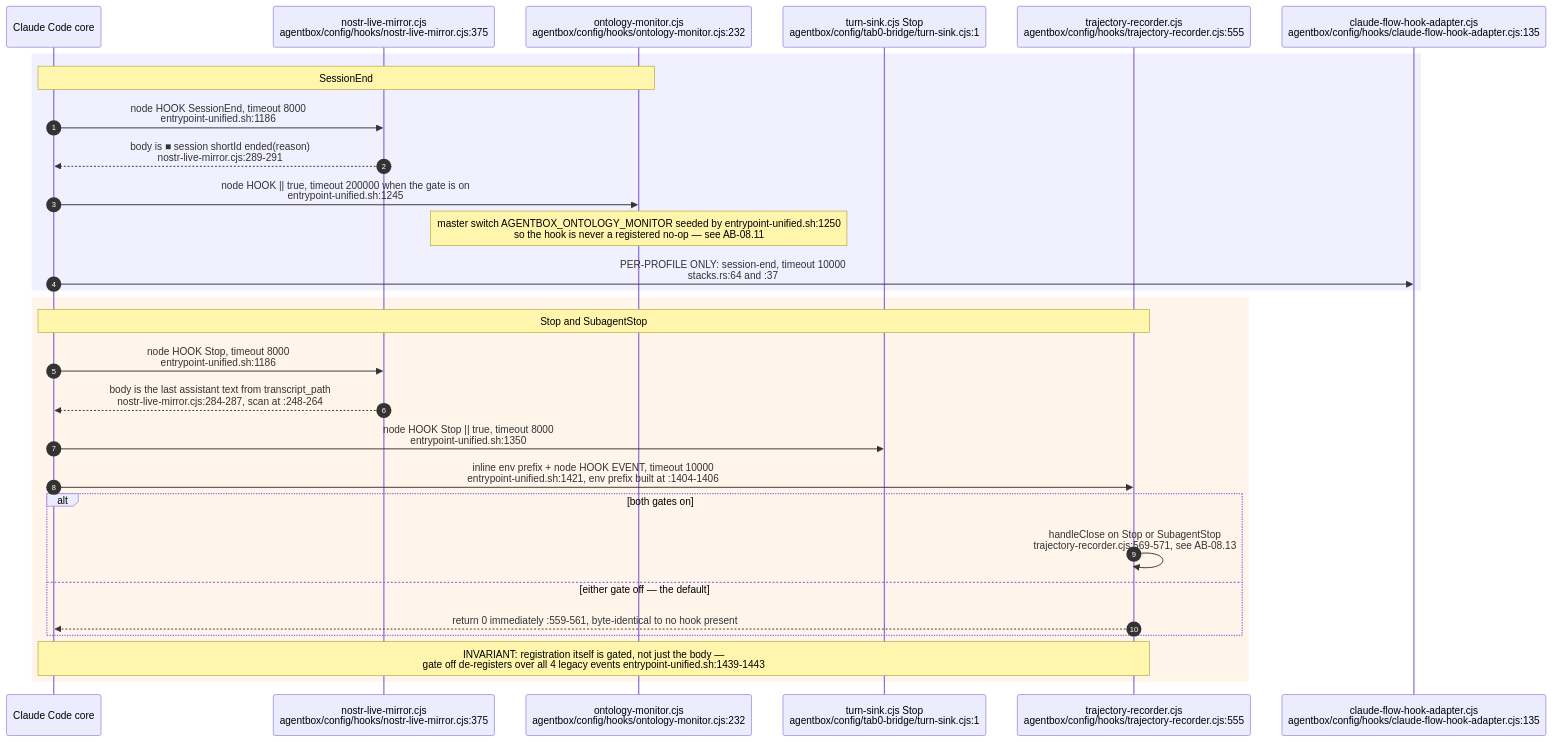
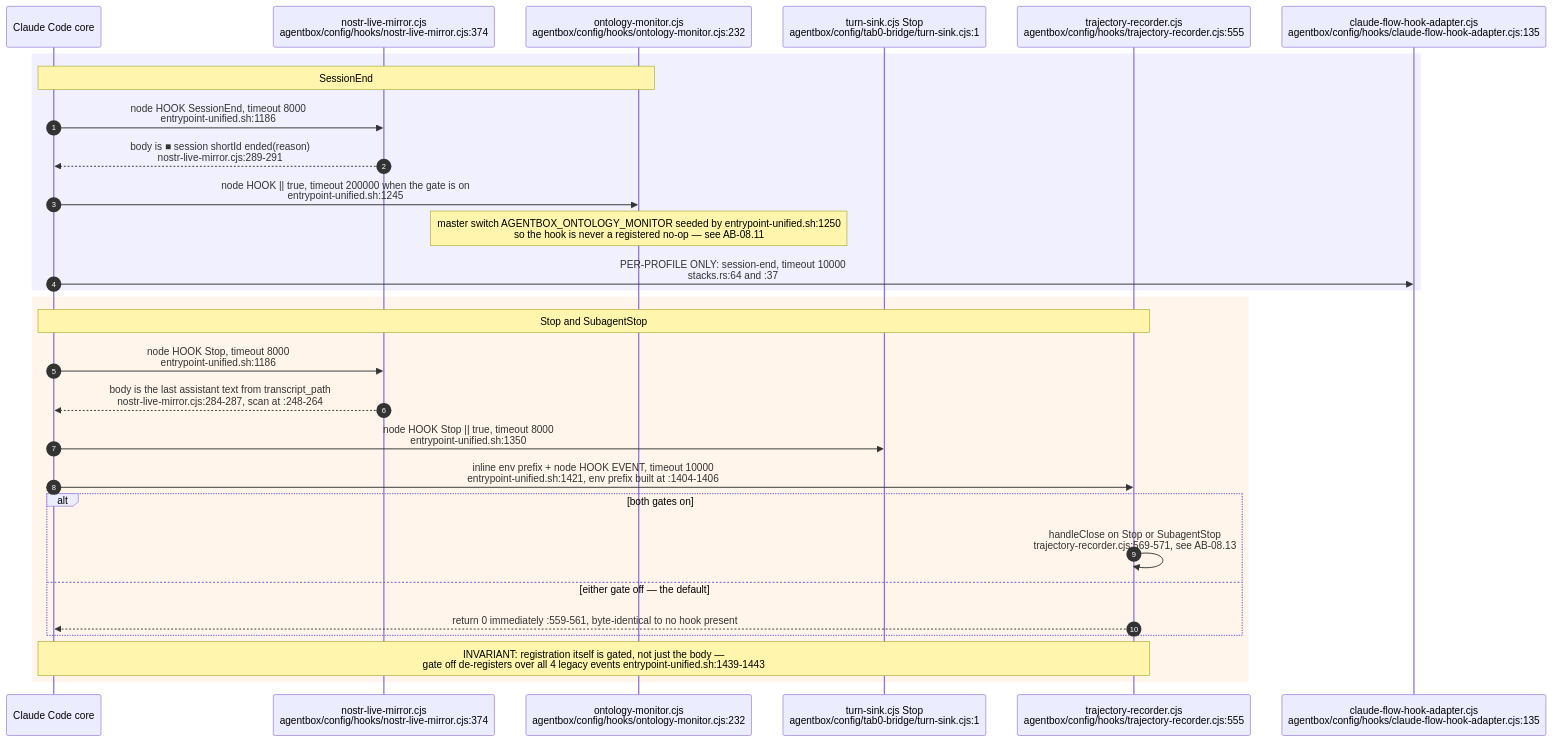
One commit to DreamLab-AI/VisionFlow changed the seventh of 14 diagrams in docs/diagrams/agentbox/08-hooks-pipeline.md. Above: the diagram before and after it, drawn with Mermaid. The commit also changed other lines of this file and 52 other files, not shown here.

First line of the commit message:
docs(diagrams): wave 3 checkpoint — bare line refs resolved, revision-pinned cite-check, VC-05/AB-01..13 re-attested

````diff
--- a/docs/diagrams/agentbox/08-hooks-pipeline.md
+++ b/docs/diagrams/agentbox/08-hooks-pipeline.md
@@ -236,32 +236,32 @@
 ```mermaid
 sequenceDiagram
     autonumber
     participant CC as Claude Code core
-    participant NM as nostr-live-mirror.cjs<br/>agentbox/config/hooks/nostr-live-mirror.cjs:375
+    participant NM as nostr-live-mirror.cjs<br/>agentbox/config/hooks/nostr-live-mirror.cjs:374
     participant OM as ontology-monitor.cjs<br/>agentbox/config/hooks/ontology-monitor.cjs:232
     participant TS as turn-sink.cjs Stop<br/>agentbox/config/tab0-bridge/turn-sink.cjs:1
     participant TR as trajectory-recorder.cjs<br/>agentbox/config/hooks/trajectory-recorder.cjs:555
     participant AD as claude-flow-hook-adapter.cjs<br/>agentbox/config/hooks/claude-flow-hook-adapter.cjs:135
 
     rect rgb(240,240,255)
     Note over CC,OM: SessionEnd
     CC->>NM: node HOOK SessionEnd, timeout 8000<br/>entrypoint-unified.sh:1186
     NM-->>CC: body is #9632; session shortId ended#40;reason#41;<br/>nostr-live-mirror.cjs:289-291
     CC->>OM: node HOOK #124;#124; true, timeout 200000 when the gate is on<br/>entrypoint-unified.sh:1245
     Note over OM: master switch AGENTBOX_ONTOLOGY_MONITOR seeded by entrypoint-unified.sh:1250<br/>so the hook is never a registered no-op — see AB-08.11
     CC->>AD: PER-PROFILE ONLY: session-end, timeout 10000<br/>stacks.rs:64 and :37
     end
     rect rgb(255,245,235)
     Note over CC,TR: Stop and SubagentStop
     CC->>NM: node HOOK Stop, timeout 8000<br/>entrypoint-unified.sh:1186
     NM-->>CC: body is the last assistant text from transcript_path<br/>nostr-live-mirror.cjs:284-287, scan at :248-264
     CC->>TS: node HOOK Stop #124;#124; true, timeout 8000<br/>entrypoint-unified.sh:1350
     CC->>TR: inline env prefix + node HOOK EVENT, timeout 10000<br/>entrypoint-unified.sh:1421, env prefix built at :1404-1406
     alt both gates on
         TR->>TR: handleClose on Stop or SubagentStop<br/>trajectory-recorder.cjs:569-571, see AB-08.13
     else either gate off — the default
         TR-->>CC: return 0 immediately :559-561, byte-identical to no hook present
     end
     Note over CC,TR: INVARIANT: registration itself is gated, not just the body —<br/>gate off de-registers over all 4 legacy events entrypoint-unified.sh:1439-1443
     end
 ```
````
